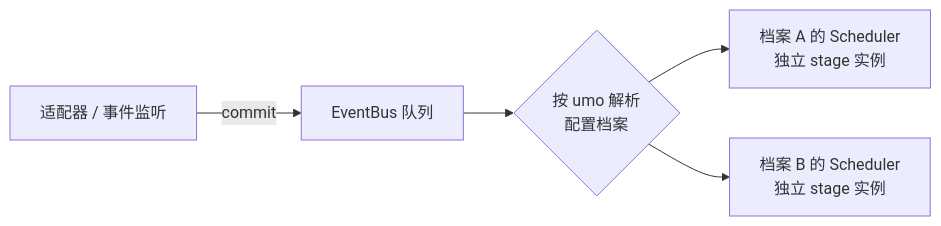
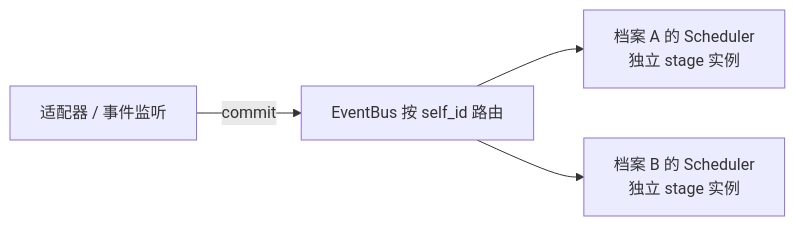
The second of 2 diagrams in docs/refactor/02-pipeline.md (buyun14/Yunzai), drawn with Mermaid before and after one commit. The commit also changed other lines of this file and 13 other files, not shown here.

First line of the commit message:
feat(pipeline): switch over to EventBus with a legacy fallback switch

````diff
--- a/docs/refactor/02-pipeline.md
+++ b/docs/refactor/02-pipeline.md
@@ -223,7 +224,6 @@
 ```mermaid
 flowchart LR
-  P["适配器 / 事件监听"] -->|commit| Q["EventBus 队列"]
-  Q --> R{"按 umo 解析<br/>配置档案"}
-  R --> S1["档案 A 的 Scheduler<br/>独立 stage 实例"]
-  R --> S2["档案 B 的 Scheduler<br/>独立 stage 实例"]
+  P["适配器 / 事件监听"] -->|commit| Q["EventBus 按 self_id 路由"]
+  Q --> R1["档案 A 的 Scheduler<br/>独立 stage 实例"]
+  Q --> R2["档案 B 的 Scheduler<br/>独立 stage 实例"]
 ```
````
